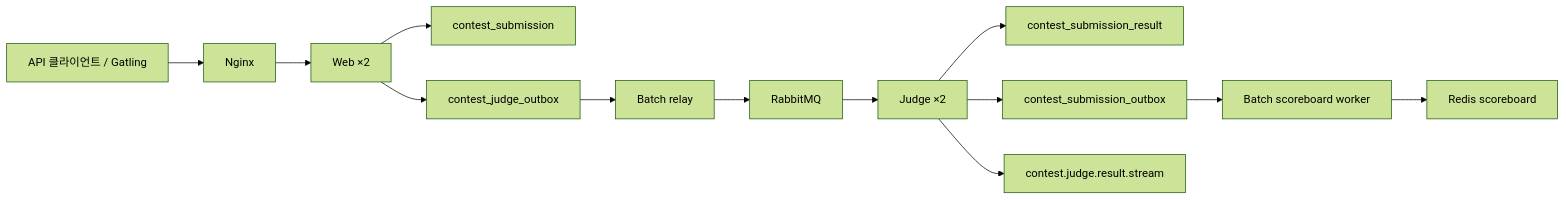
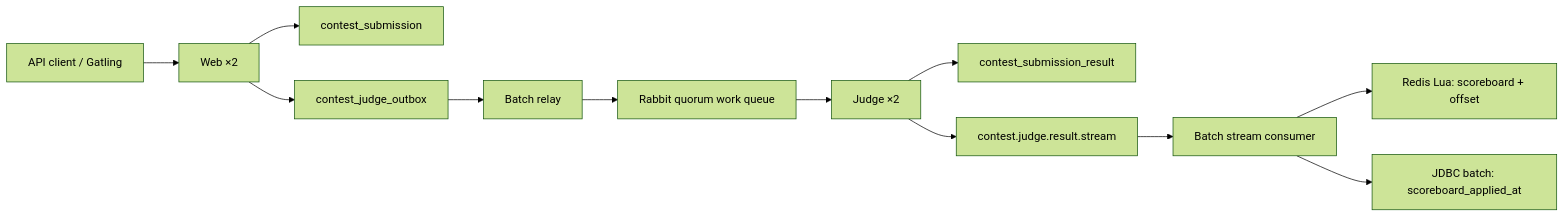
One commit to tmdrud0/web changed the diagram in docs/ARCHITECTURE.md. Above: the diagram before and after it, drawn with Mermaid (forest theme). The commit also changed other lines of this file and 80 other files, not shown here.

Commit message:
feat: drive contest scoreboard from RabbitMQ stream

````diff
--- a/docs/ARCHITECTURE.md
+++ b/docs/ARCHITECTURE.md
@@ -17,15 +17,14 @@
 ```mermaid
 flowchart LR
-    Client["API 클라이언트 / Gatling"] --> Nginx
-    Nginx --> Web["Web ×2"]
+    Client["API client / Gatling"] --> Web["Web ×2"]
     Web --> Submission["contest_submission"]
     Web --> JudgeOutbox["contest_judge_outbox"]
-    JudgeOutbox --> Batch["Batch relay"]
-    Batch --> RabbitMQ
-    RabbitMQ --> Judge["Judge ×2"]
+    JudgeOutbox --> Relay["Batch relay"]
+    Relay --> JudgeQueue["Rabbit quorum work queue"]
+    JudgeQueue --> Judge["Judge ×2"]
     Judge --> Result["contest_submission_result"]
-    Judge --> ScoreOutbox["contest_submission_outbox"]
-    Judge --> ResultStream["contest.judge.result.stream"]
-    ScoreOutbox --> ScoreBatch["Batch scoreboard worker"]
-    ScoreBatch --> Redis["Redis scoreboard"]
+    Judge --> Stream["contest.judge.result.stream"]
+    Stream --> Consumer["Batch stream consumer"]
+    Consumer --> Lua["Redis Lua: scoreboard + offset"]
+    Consumer --> AppliedAt["JDBC batch: scoreboard_applied_at"]
 ```
````
